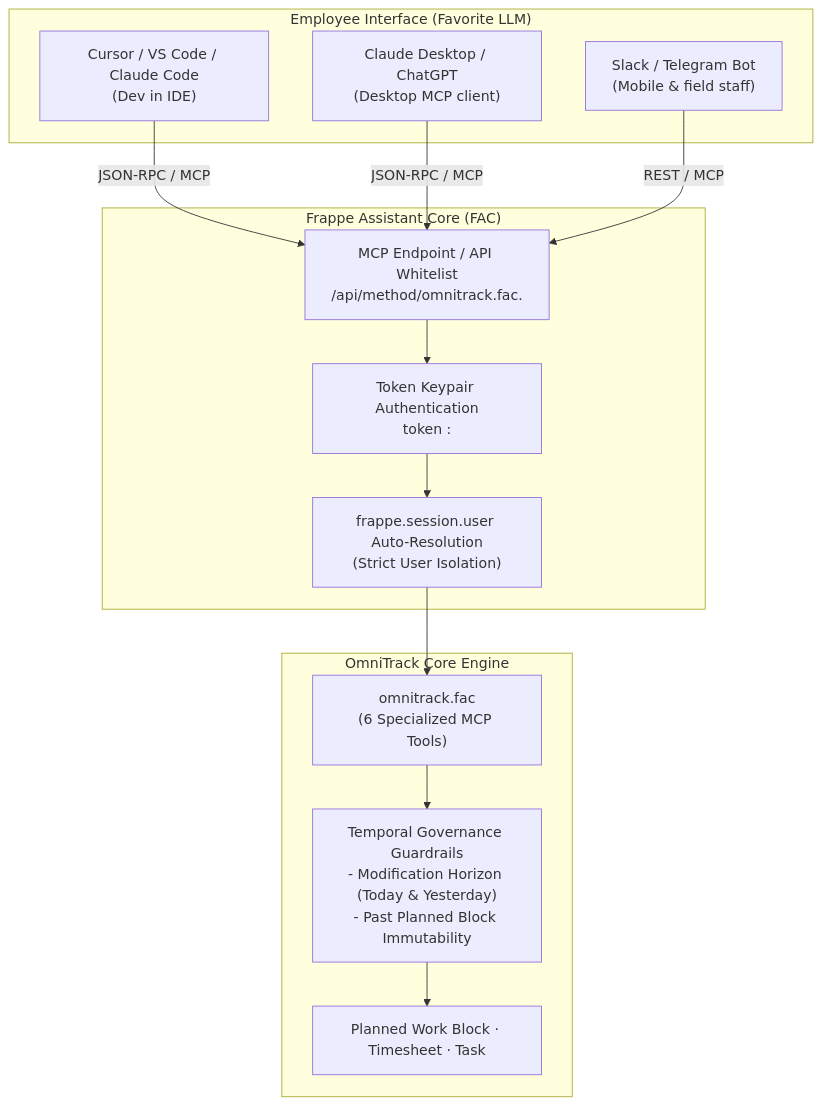
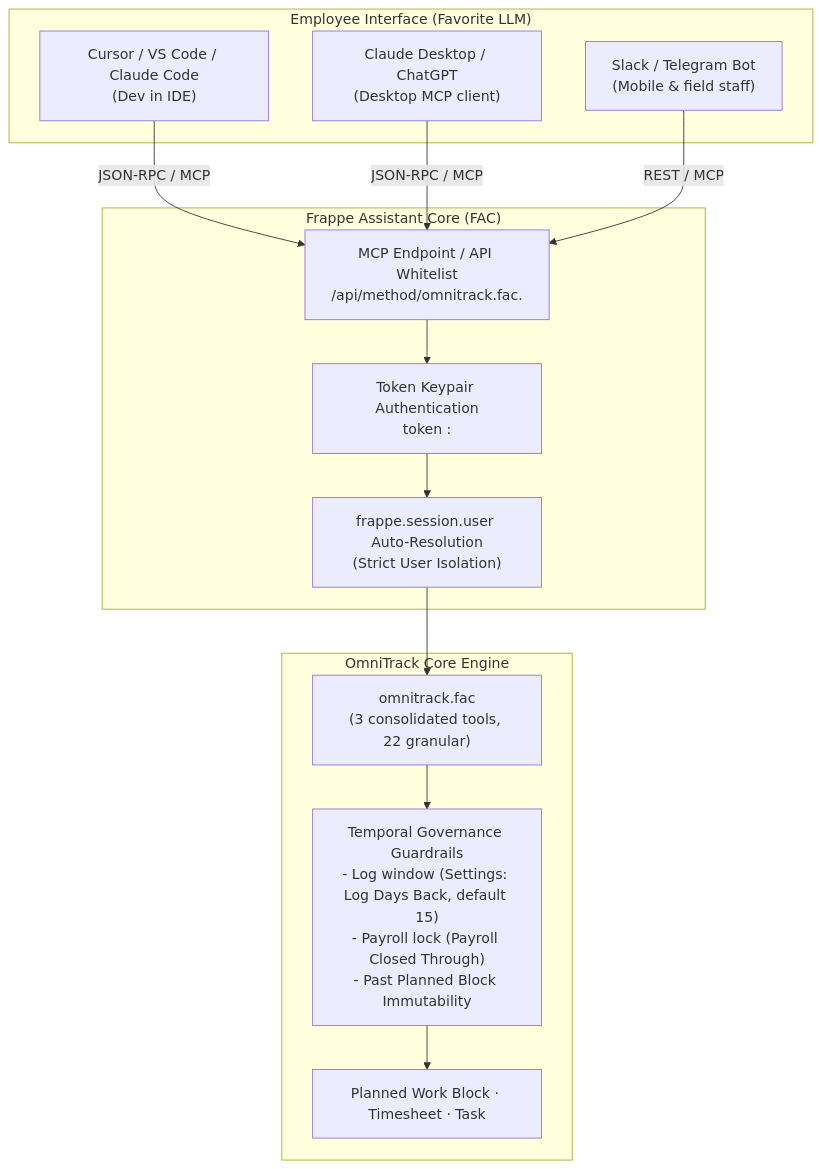
The diagram in docs/OMNITRACK_FAC_INTEGRATION.md (OmmNoMi/omnitrack), drawn with Mermaid before and after one commit. The commit also changed other lines of this file and 42 other files, not shown here.

````diff
--- a/docs/OMNITRACK_FAC_INTEGRATION.md
+++ b/docs/OMNITRACK_FAC_INTEGRATION.md
@@ -18,30 +18,30 @@
 ```mermaid
 flowchart TD
     subgraph Clients ["Employee Interface (Favorite LLM)"]
         Cursor["Cursor / VS Code / Claude Code\n(Dev in IDE)"]
         ClaudeDesktop["Claude Desktop / ChatGPT\n(Desktop MCP client)"]
         ChatBot["Slack / Telegram Bot\n(Mobile & field staff)"]
     end
 
     subgraph FAC_Layer ["Frappe Assistant Core (FAC)"]
         Endpoint["MCP Endpoint / API Whitelist\n/api/method/omnitrack.fac.<method>"]
         TokenAuth["Token Keypair Authentication\ntoken <api_key>:<api_secret>"]
         UserScope["frappe.session.user Auto-Resolution\n(Strict User Isolation)"]
     end
 
     subgraph OmniTrack_Core ["OmniTrack Core Engine"]
-        FAC_Module["omnitrack.fac\n(6 Specialized MCP Tools)"]
-        Temporal["Temporal Governance Guardrails\n- Modification Horizon (Today & Yesterday)\n- Past Planned Block Immutability"]
+        FAC_Module["omnitrack.fac\n(3 consolidated tools, 22 granular)"]
+        Temporal["Temporal Governance Guardrails\n- Log window (Settings: Log Days Back, default 15)\n- Payroll lock (Payroll Closed Through)\n- Past Planned Block Immutability"]
         DocTypes["Planned Work Block · Timesheet · Task"]
     end
 
     Cursor -->|JSON-RPC / MCP| Endpoint
     ClaudeDesktop -->|JSON-RPC / MCP| Endpoint
     ChatBot -->|REST / MCP| Endpoint
 
     Endpoint --> TokenAuth
     TokenAuth --> UserScope
     UserScope --> FAC_Module
     FAC_Module --> Temporal
     Temporal --> DocTypes
 ```
````
